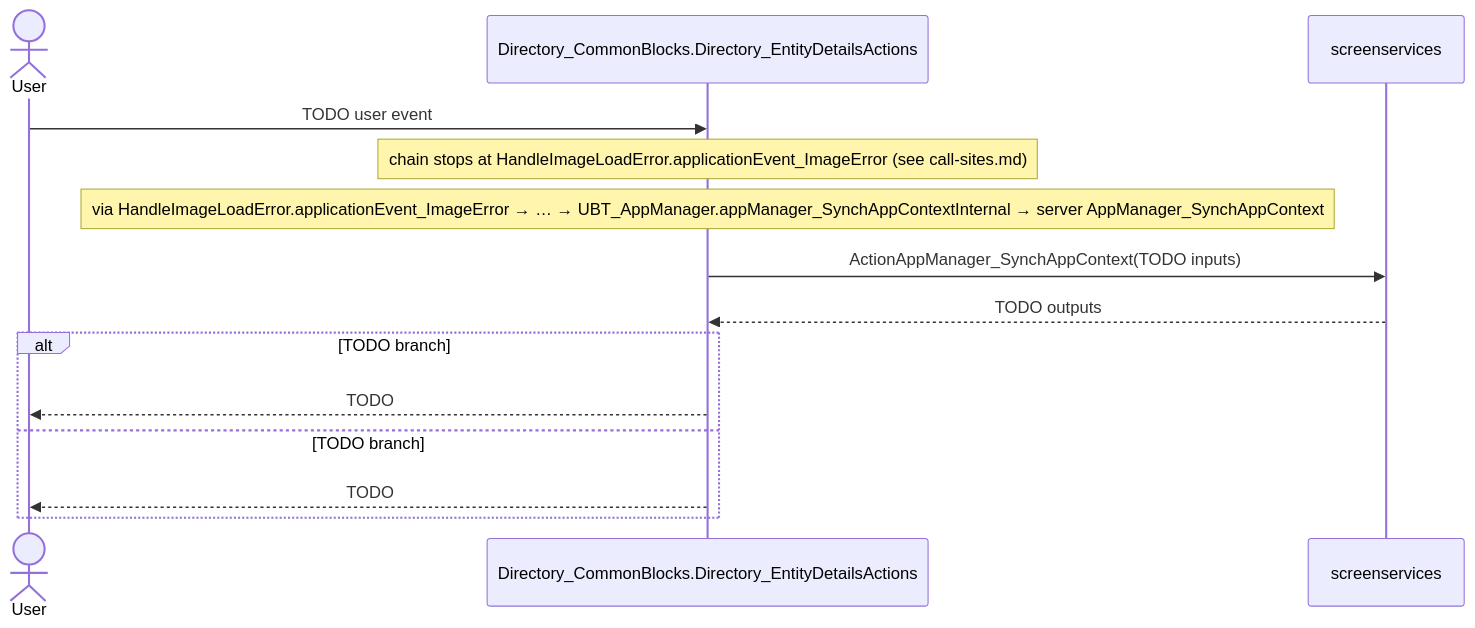
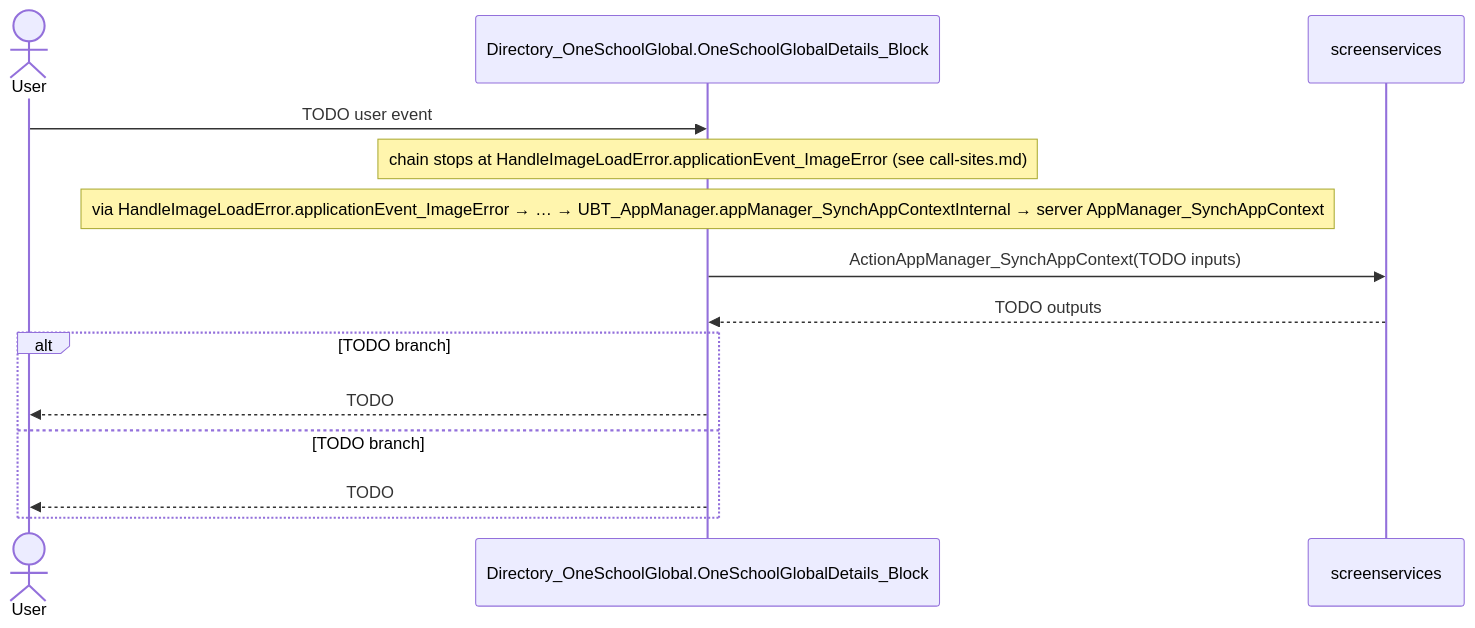
One commit to Phoenix-DX/connect-new-ui changed the third of 7 diagrams in migration/screens/OneSchoolGlobalDetails/analysis/diagrams.md. Above: the diagram before and after it, drawn with Mermaid. The commit also changed other lines of this file and 2084 other files, not shown here.

````diff
--- a/migration/screens/OneSchoolGlobalDetails/analysis/diagrams.md
+++ b/migration/screens/OneSchoolGlobalDetails/analysis/diagrams.md
@@ -135,17 +137,17 @@
 ```mermaid
 %% DRAFT: trigger from call-sites.md; replace TODOs with the result handling of the calling action
 sequenceDiagram
   actor U as User
-  participant S as Directory_CommonBlocks.Directory_EntityDetailsActions
+  participant S as Directory_OneSchoolGlobal.OneSchoolGlobalDetails_Block
   participant API as screenservices
   U->>S: TODO user event
   Note over S: chain stops at HandleImageLoadError.applicationEvent_ImageError (see call-sites.md)
   Note over S: via HandleImageLoadError.applicationEvent_ImageError → … → UBT_AppManager.appManager_SynchAppContextInternal → server AppManager_SynchAppContext
   S->>API: ActionAppManager_SynchAppContext(TODO inputs)
   API-->>S: TODO outputs
   alt TODO branch
     S-->>U: TODO
   else TODO branch
     S-->>U: TODO
   end
 ```
````
